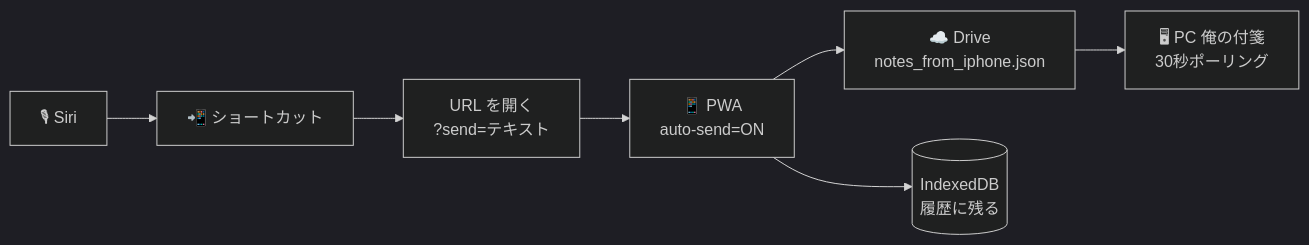
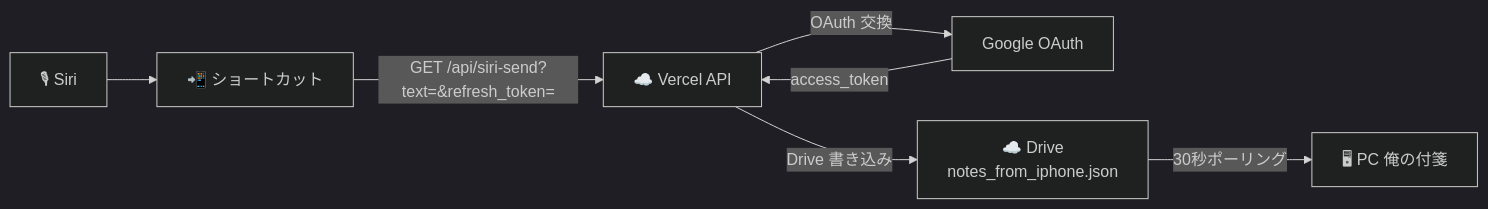
One commit to ore-no-fusen/ore-no-fusen changed the diagram in .planning/siri-url-trigger-plan.md. Above: the diagram before and after it, drawn with Mermaid (dark theme). The commit also changed other lines of this file, not shown here.

First line of the commit message:
docs: Siri 連携計画書を D 案版に書き直し

````diff
--- a/.planning/siri-url-trigger-plan.md
+++ b/.planning/siri-url-trigger-plan.md
@@ -25,9 +28,9 @@
 ```mermaid
 graph LR
     Siri["🎙 Siri"] --> SC["📲 ショートカット"]
-    SC --> URL["URL を開く<br>?send=テキスト"]
-    URL --> PWA["📱 PWA<br>auto-send=ON"]
-    PWA --> Drive["☁️ Drive<br>notes_from_iphone.json"]
-    Drive --> PC["🖥 PC 俺の付箋<br>30秒ポーリング"]
-    PWA --> IDB[("IndexedDB<br>履歴に残る")]
+    SC -->|GET /api/siri-send?text=&refresh_token=| API["☁️ Vercel API"]
+    API -->|OAuth 交換| OAuth["Google OAuth"]
+    OAuth -->|access_token| API
+    API -->|Drive 書き込み| Drive["☁️ Drive<br>notes_from_iphone.json"]
+    Drive -->|30秒ポーリング| PC["🖥 PC 俺の付箋"]
 ```
````
